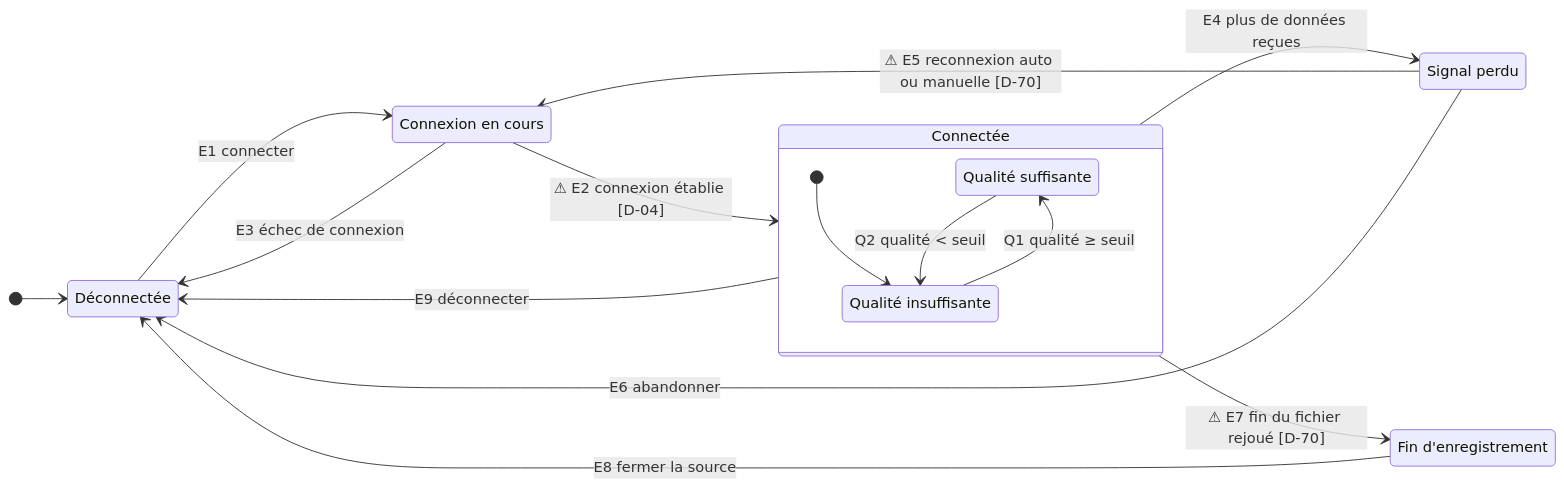
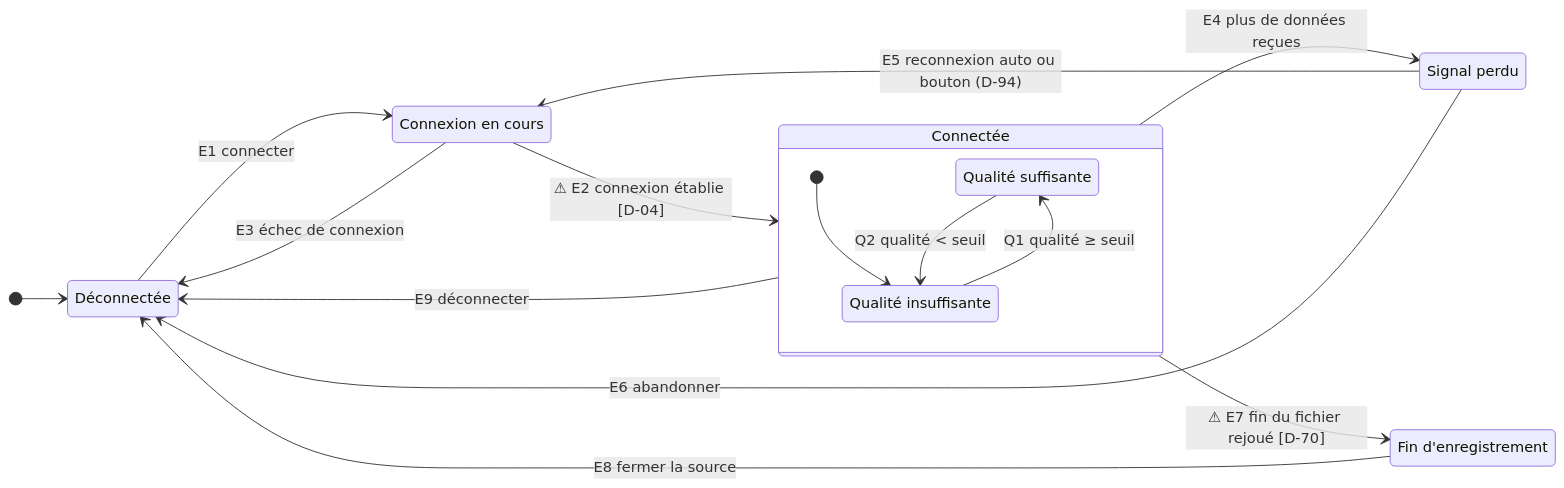
Before and after one commit to eloge9/CortexOS-IA: the fifth of 5 diagrams in docs/diagrammes/diag-05-etats-transitions.md, drawn with Mermaid. The commit also changed other lines of this file and 17 other files, not shown here.

````diff
--- a/docs/diagrammes/diag-05-etats-transitions.md
+++ b/docs/diagrammes/diag-05-etats-transitions.md
@@ -251,26 +251,26 @@
 ```mermaid
 stateDiagram-v2
     direction LR
     state "Déconnectée" as Deconnectee
     state "Connexion en cours" as Connexion
     state "Connectée" as Connectee {
         state "Qualité suffisante" as QOk
         state "Qualité insuffisante" as QKo
         [*] --> QKo
         QKo --> QOk : Q1 qualité ≥ seuil
         QOk --> QKo : Q2 qualité < seuil
     }
     state "Signal perdu" as Perdu
     state "Fin d'enregistrement" as Fin
 
     [*] --> Deconnectee
     Deconnectee --> Connexion : E1 connecter
     Connexion --> Connectee : ⚠ E2 connexion établie [D-04]
     Connexion --> Deconnectee : E3 échec de connexion
     Connectee --> Perdu : E4 plus de données reçues
-    Perdu --> Connexion : ⚠ E5 reconnexion auto ou manuelle [D-70]
+    Perdu --> Connexion : E5 reconnexion auto ou bouton (D-94)
     Perdu --> Deconnectee : E6 abandonner
     Connectee --> Fin : ⚠ E7 fin du fichier rejoué [D-70]
     Fin --> Deconnectee : E8 fermer la source
     Connectee --> Deconnectee : E9 déconnecter
 ```
````
